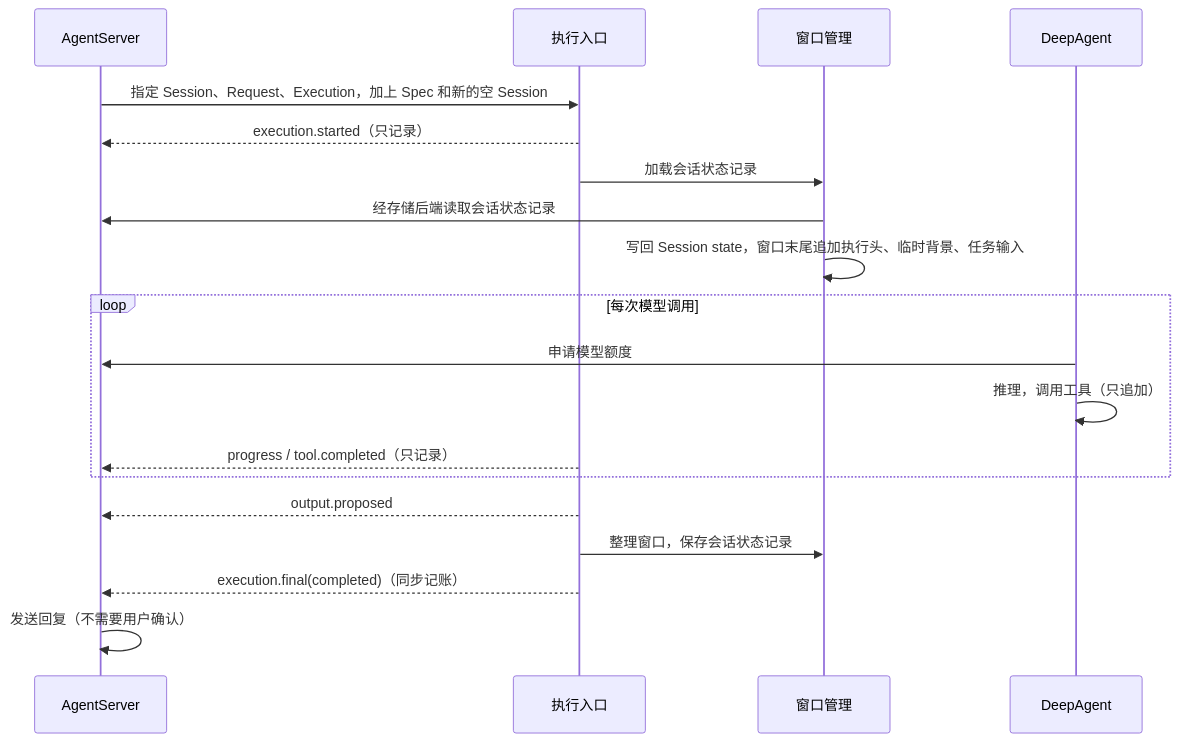
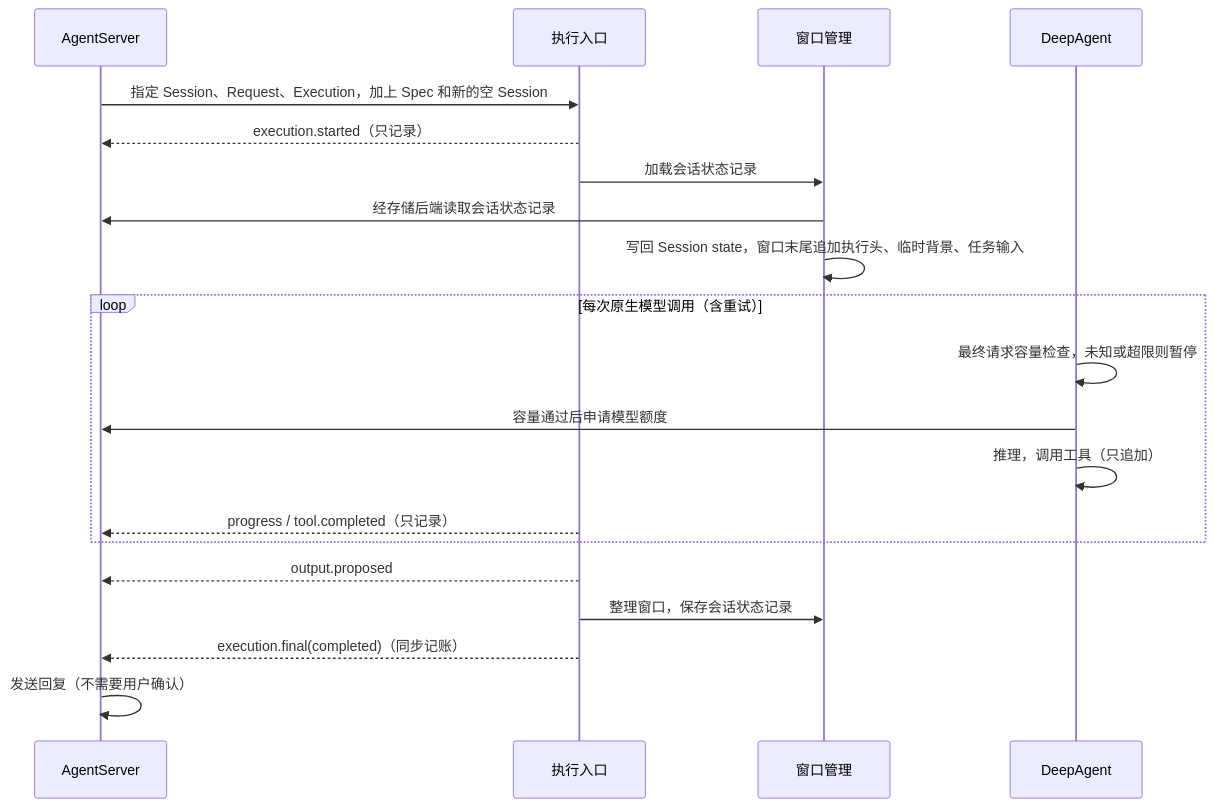
The third of 5 diagrams in openjiuwen/harness/persistent_agent/docs/designs/persistent-agent-architecture.md (openJiuwen-ai/agent-core), drawn with Mermaid before and after one commit. The commit also changed other lines of this file and 16 other files, not shown here.

````diff
--- a/openjiuwen/harness/persistent_agent/docs/designs/persistent-agent-architecture.md
+++ b/openjiuwen/harness/persistent_agent/docs/designs/persistent-agent-architecture.md
@@ -488,21 +489,22 @@
 ```mermaid
 sequenceDiagram
     participant H as AgentServer
     participant E as 执行入口
     participant M as 窗口管理
     participant A as DeepAgent
     H->>E: 指定 Session、Request、Execution，加上 Spec 和新的空 Session
     E-->>H: execution.started（只记录）
     E->>M: 加载会话状态记录
     M->>H: 经存储后端读取会话状态记录
     M->>M: 写回 Session state，窗口末尾追加执行头、临时背景、任务输入
-    loop 每次模型调用
-        A->>H: 申请模型额度
+    loop 每次原生模型调用（含重试）
+        A->>A: 最终请求容量检查，未知或超限则暂停
+        A->>H: 容量通过后申请模型额度
         A->>A: 推理，调用工具（只追加）
         E-->>H: progress / tool.completed（只记录）
     end
     E-->>H: output.proposed
     E->>M: 整理窗口，保存会话状态记录
     E-->>H: execution.final(completed)（同步记账）
     H->>H: 发送回复（不需要用户确认）
 ```
````
